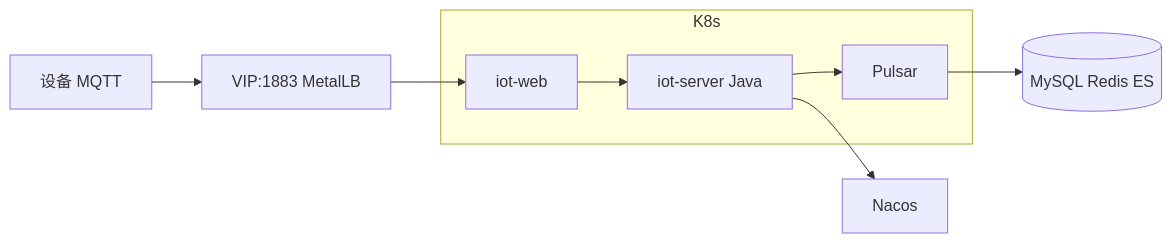
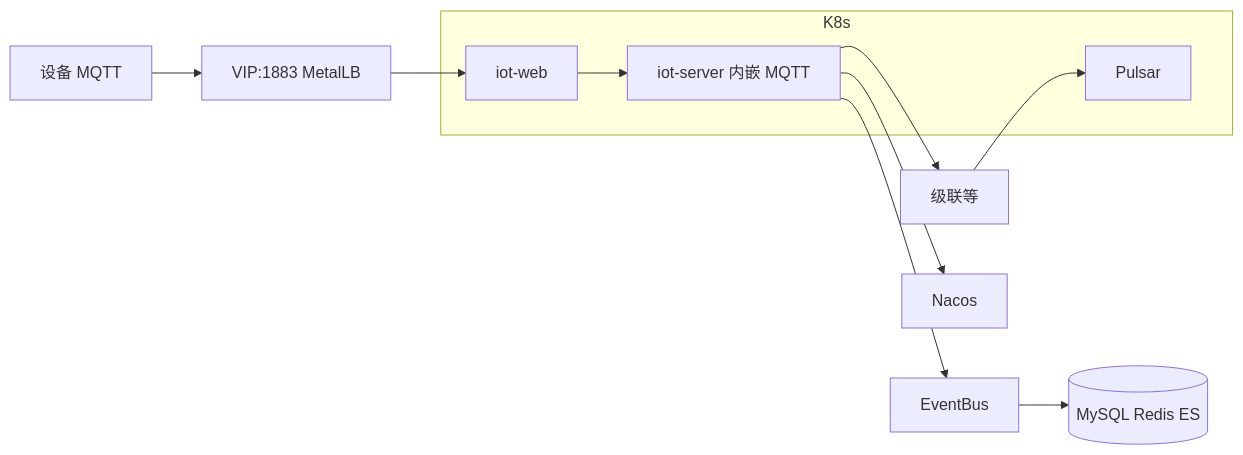
The diagram in docs/每日复习与串联指南.md (Dnsmac/iot-sre-delivery-sops), drawn with Mermaid before and after one commit. The commit also changed other lines of this file and 52 other files, not shown here.

````diff
--- a/docs/每日复习与串联指南.md
+++ b/docs/每日复习与串联指南.md
@@ -88,14 +88,16 @@
 ```mermaid
 flowchart LR
   DEV[设备 MQTT] --> VIP[VIP:1883 MetalLB]
   VIP --> IOTW[iot-web]
-  IOTW --> IOTS[iot-server Java]
-  IOTS --> PUL[Pulsar]
-  PUL --> DB[(MySQL Redis ES)]
+  IOTW --> IOTS[iot-server 内嵌 MQTT]
+  IOTS --> EB[EventBus]
+  EB --> DB[(MySQL Redis ES)]
+  IOTS --> CAS[级联等]
+  CAS --> PUL[Pulsar]
   IOTS --> NAC[Nacos]
   subgraph K8s
     IOTW
     IOTS
     PUL
   end
 ```
````
